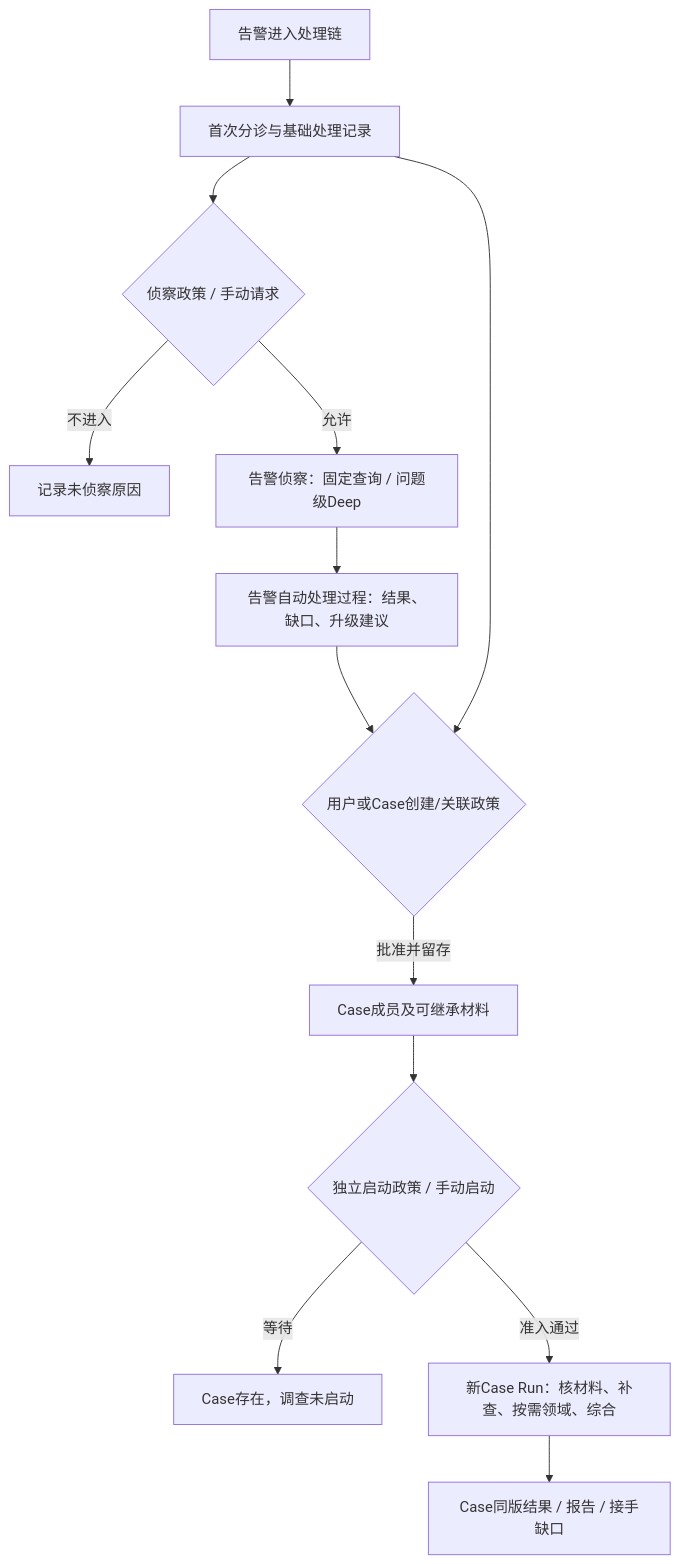
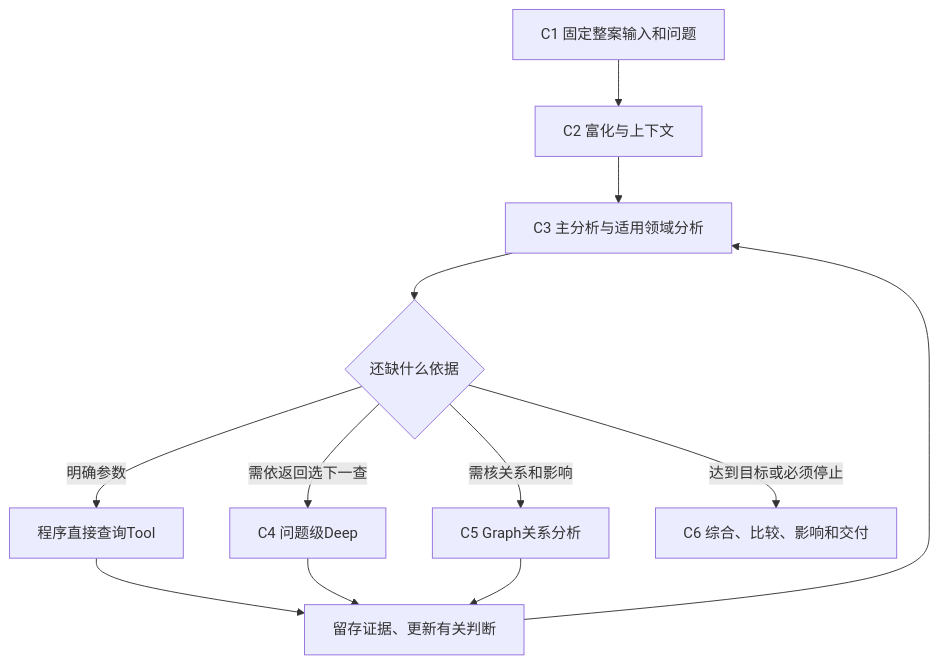
Before and after one commit to Dinines/socai2: the second of 2 diagrams in docs/architecture/investigation-planning-design.md, drawn with Mermaid. The commit also changed other lines of this file and 1388 other files, not shown here.

````diff
--- a/docs/architecture/investigation-planning-design.md
+++ b/docs/architecture/investigation-planning-design.md
@@ -207,15 +84,14 @@
 ```mermaid
 flowchart TD
-    A[告警进入处理链] --> B[首次分诊与基础处理记录]
-    B --> C{侦察政策 / 手动请求}
-    C -->|不进入| D[记录未侦察原因]
-    C -->|允许| E[告警侦察：固定查询 / 问题级Deep]
-    E --> F[告警自动处理过程：结果、缺口、升级建议]
-    B --> G{用户或Case创建/关联政策}
-    F --> G
-    G -->|批准并留存| H[Case成员及可继承材料]
-    H --> I{独立启动政策 / 手动启动}
-    I -->|等待| J[Case存在，调查未启动]
-    I -->|准入通过| K[新Case Run：核材料、补查、按需领域、综合]
-    K --> L[Case同版结果 / 报告 / 接手缺口]
+    C1[C1 固定整案输入和问题] --> C2[C2 富化与上下文]
+    C2 --> C3[C3 主分析与适用领域分析]
+    C3 --> G{还缺什么依据}
+    G -->|明确参数| D[程序直接查询Tool]
+    G -->|需依返回选下一查| C4[C4 问题级Deep]
+    G -->|需核关系和影响| C5[C5 Graph关系分析]
+    D --> E[留存证据、更新有关判断]
+    C4 --> E
+    C5 --> E
+    E --> C3
+    G -->|达到目标或必须停止| C6[C6 综合、比较、影响和交付]
 ```
````
